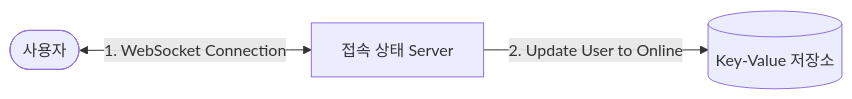
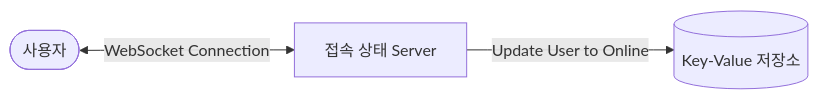
One commit to choesimin/choesimin.github.io changed the first of 4 diagrams in collections/_skills/system-design/presense-check.md. Above: the diagram before and after it, drawn with Mermaid. The commit also changed other lines of this file and 1 other file, not shown here.

````diff
--- a/collections/_skills/system-design/presense-check.md
+++ b/collections/_skills/system-design/presense-check.md
@@ -31,9 +31,9 @@
 ```mermaid
 flowchart LR
 
 user([사용자])
 server[접속 상태 Server]
 store[(Key-Value 저장소)]
 
-user <-->|1. WebSocket Connection| server -->|2. Update User to Online| store
+user <-->|WebSocket Connection| server -->|Update User to Online| store
 ```
````
